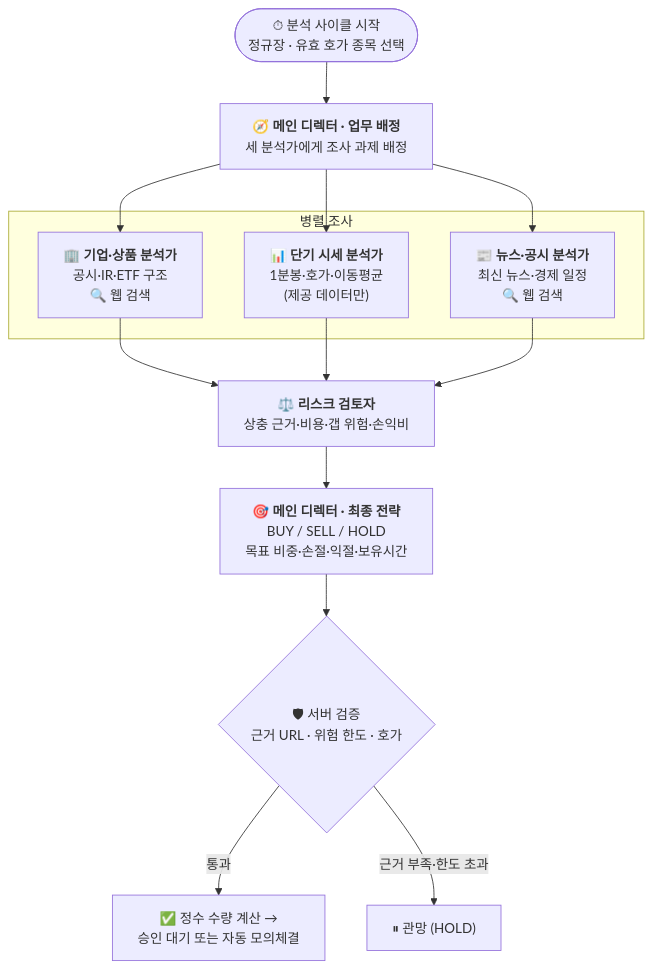
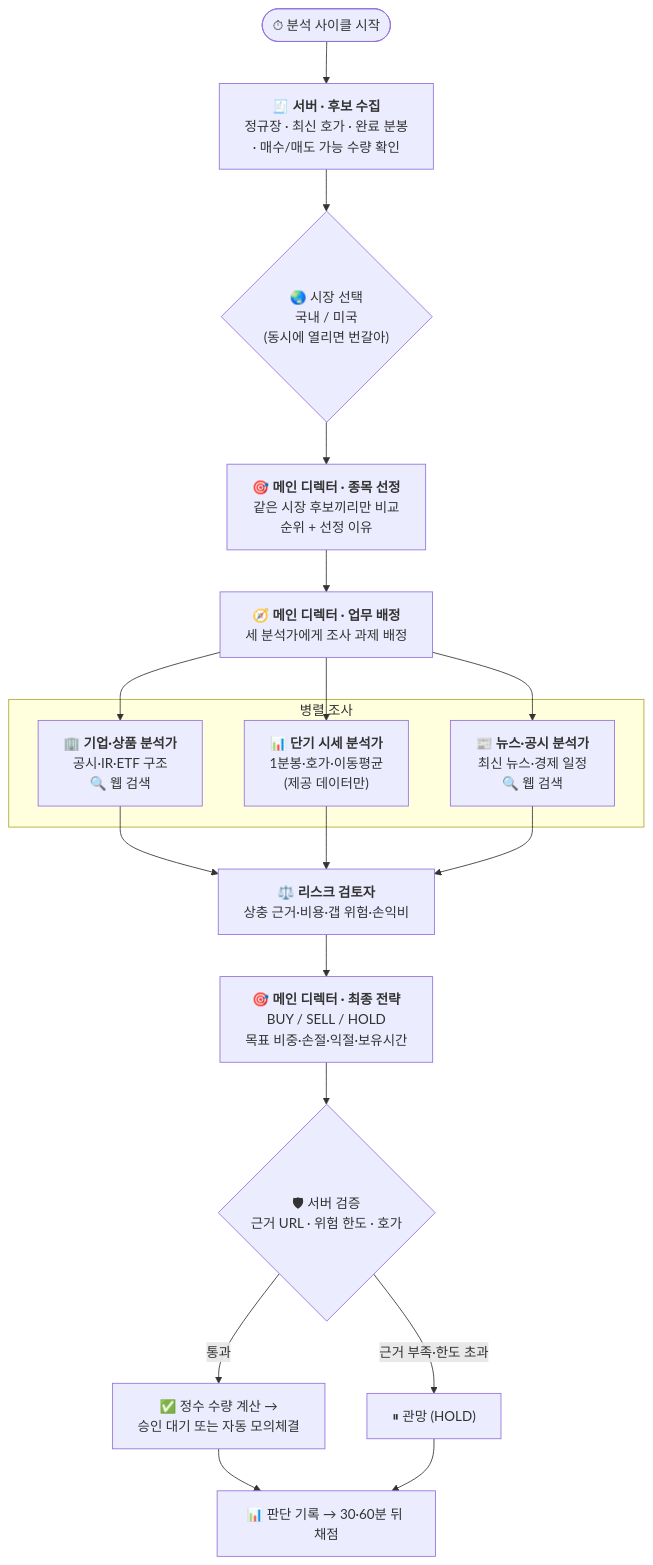
One commit to eshir0/stock-lab changed the second of 5 diagrams in README.md. Above: the diagram before and after it, drawn with Mermaid. The commit also changed other lines of this file and 10 other files, not shown here.

````diff
--- a/README.md
+++ b/README.md
@@ -106,16 +108,20 @@
 ```mermaid
 flowchart TD
-    S(["⏱ 분석 사이클 시작<br/>정규장 · 유효 호가 종목 선택"]) --> PL
+    S(["⏱ 분석 사이클 시작"]) --> CAND["🧾 <b>서버 · 후보 수집</b><br/>정규장 · 최신 호가 · 완료 분봉<br/>· 매수/매도 가능 수량 확인"]
+    CAND --> MK{"🌏 시장 선택<br/>국내 / 미국<br/>(동시에 열리면 번갈아)"}
+    MK --> SEL["🎯 <b>메인 디렉터 · 종목 선정</b><br/>같은 시장 후보끼리만 비교<br/>순위 + 선정 이유"]
+    SEL --> PL
     PL["🧭 <b>메인 디렉터 · 업무 배정</b><br/>세 분석가에게 조사 과제 배정"]
     PL --> F & T & N
     subgraph PAR["병렬 조사"]
         F["🏢 <b>기업·상품 분석가</b><br/>공시·IR·ETF 구조<br/>🔍 웹 검색"]
         T["📊 <b>단기 시세 분석가</b><br/>1분봉·호가·이동평균<br/>(제공 데이터만)"]
         N["📰 <b>뉴스·공시 분석가</b><br/>최신 뉴스·경제 일정<br/>🔍 웹 검색"]
     end
     F & T & N --> C["⚖️ <b>리스크 검토자</b><br/>상충 근거·비용·갭 위험·손익비"]
     C --> D["🎯 <b>메인 디렉터 · 최종 전략</b><br/>BUY / SELL / HOLD<br/>목표 비중·손절·익절·보유시간"]
     D --> V{"🛡 서버 검증<br/>근거 URL · 위험 한도 · 호가"}
     V -->|통과| O["✅ 정수 수량 계산 →<br/>승인 대기 또는 자동 모의체결"]
     V -->|근거 부족·한도 초과| H["⏸ 관망 (HOLD)"]
+    O & H --> EV["📊 판단 기록 → 30·60분 뒤 채점"]
 ```
````
